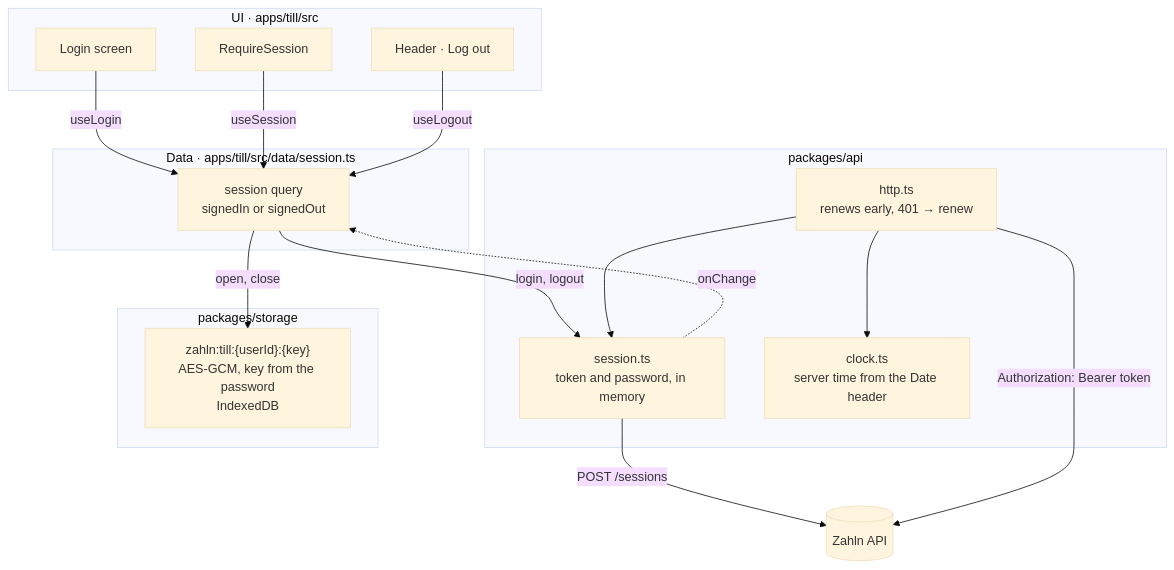
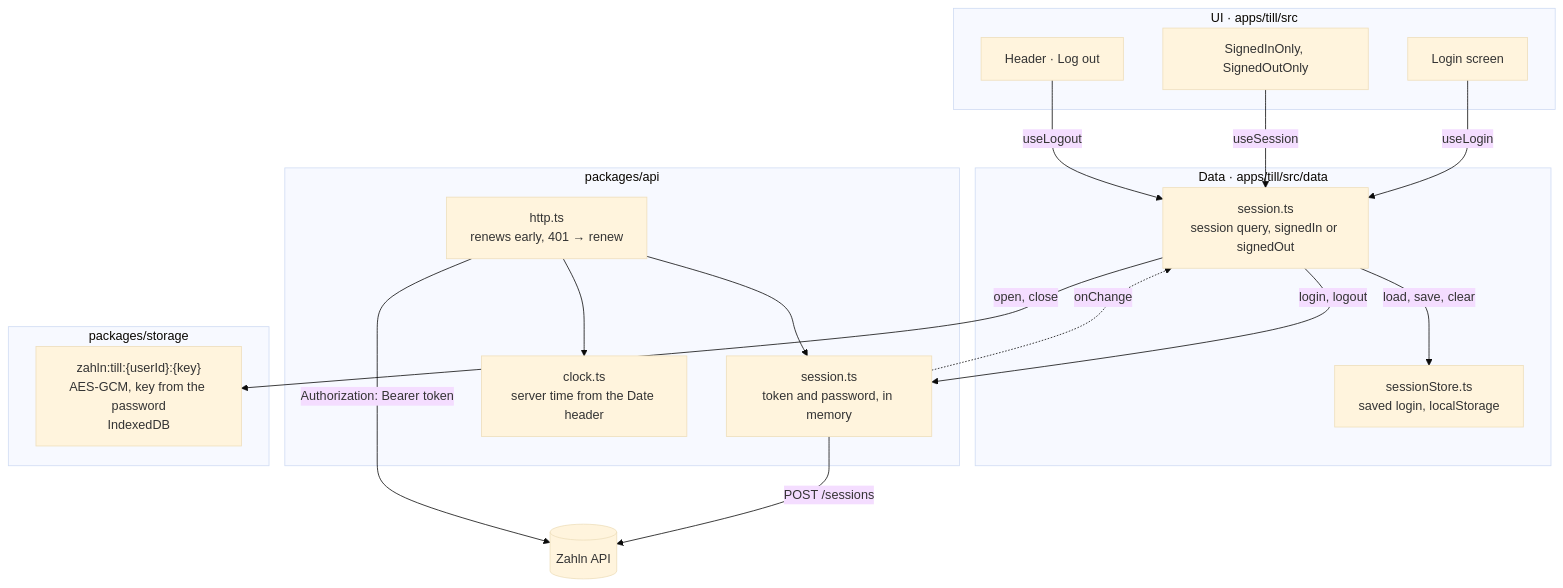
One commit to Ashish15082001/zahln changed the first of 3 diagrams in docs/till-plan.md. Above: the diagram before and after it, drawn with Mermaid (base theme). The commit also changed other lines of this file, not shown here.

Commit message:
Document the till's saved login and the Android backup gap in the till plan

````diff
--- a/docs/till-plan.md
+++ b/docs/till-plan.md
@@ -53,31 +55,33 @@
 ```mermaid
 flowchart TD
   subgraph UI["UI · apps/till/src"]
     Login["Login screen"]
-    Guard["RequireSession"]
+    Guard["SignedInOnly, SignedOutOnly"]
     Header["Header · Log out"]
   end
-  subgraph Data["Data · apps/till/src/data/session.ts"]
-    Session["session query<br/>signedIn or signedOut"]
+  subgraph Data["Data · apps/till/src/data"]
+    Session["session.ts<br/>session query, signedIn or signedOut"]
+    SessionStore["sessionStore.ts<br/>saved login, localStorage"]
   end
   subgraph Api["packages/api"]
     SessionTs["session.ts<br/>token and password, in memory"]
     Http["http.ts<br/>renews early, 401 → renew"]
     Clock["clock.ts<br/>server time from the Date header"]
   end
   subgraph Storage["packages/storage"]
     Saved["zahln:till:{userId}:{key}<br/>AES-GCM, key from the password<br/>IndexedDB"]
   end
   Server[("Zahln API")]
 
   Login -- useLogin --> Session
   Guard -- useSession --> Session
   Header -- useLogout --> Session
   Session -- "login, logout" --> SessionTs
   SessionTs -. onChange .-> Session
   Session -- "open, close" --> Saved
+  Session -- "load, save, clear" --> SessionStore
   Http --> SessionTs
   Http --> Clock
   SessionTs -- "POST /sessions" --> Server
   Http -- "Authorization: Bearer token" --> Server
 ```
````
